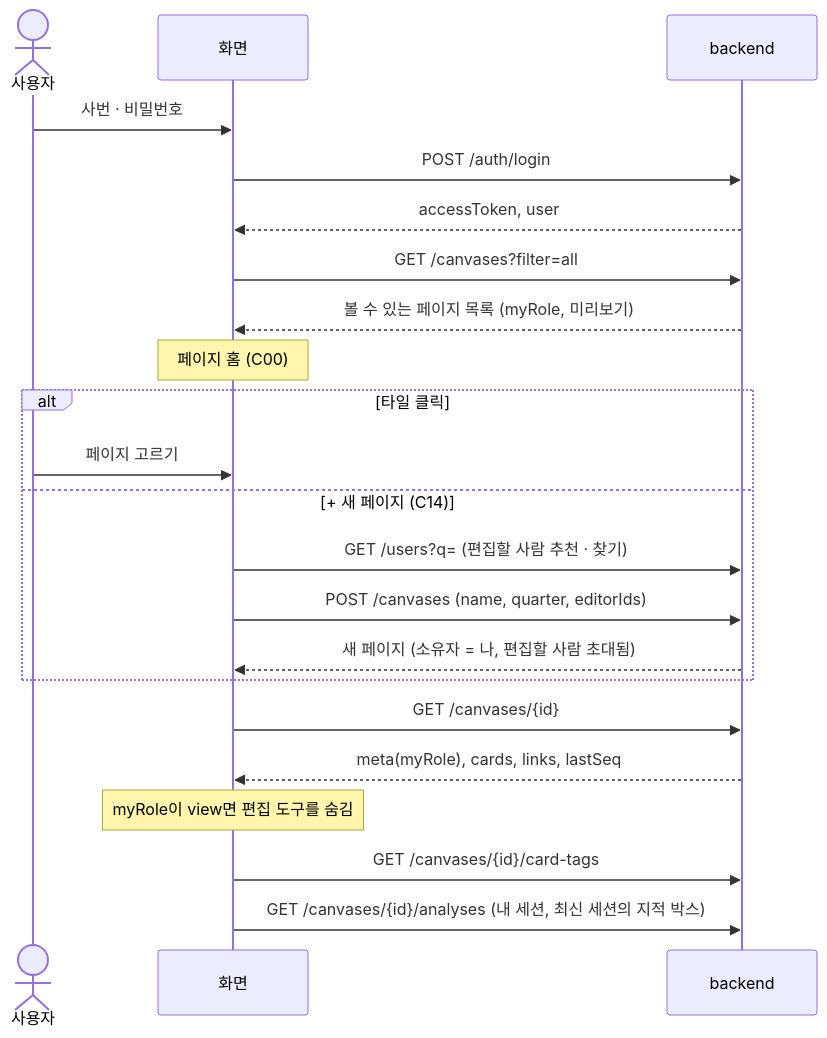
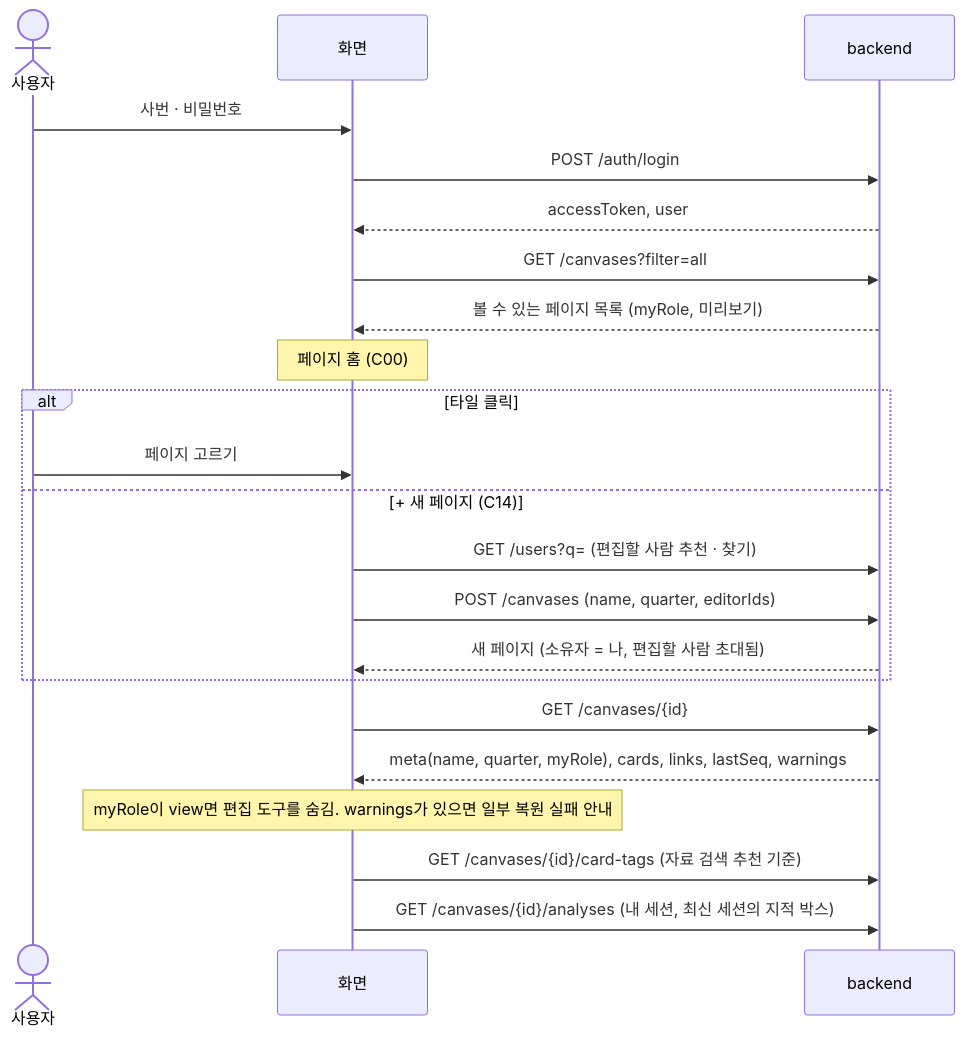
Before and after one commit to vamos-team/telescope: the second of 8 diagrams in docs/frontend/api-diagram.md, drawn with Mermaid. The commit also changed other lines of this file and 3 other files, not shown here.

````diff
--- a/docs/frontend/api-diagram.md
+++ b/docs/frontend/api-diagram.md
@@ -53,25 +53,25 @@
 ```mermaid
 sequenceDiagram
   actor U as 사용자
   participant F as 화면
   participant B as backend
 
   U->>F: 사번 · 비밀번호
   F->>B: POST /auth/login
   B-->>F: accessToken, user
   F->>B: GET /canvases?filter=all
   B-->>F: 볼 수 있는 페이지 목록 (myRole, 미리보기)
   Note over F: 페이지 홈 (C00)
   alt 타일 클릭
     U->>F: 페이지 고르기
   else + 새 페이지 (C14)
     F->>B: GET /users?q= (편집할 사람 추천 · 찾기)
     F->>B: POST /canvases (name, quarter, editorIds)
     B-->>F: 새 페이지 (소유자 = 나, 편집할 사람 초대됨)
   end
   F->>B: GET /canvases/{id}
-  B-->>F: meta(myRole), cards, links, lastSeq
-  Note over F: myRole이 view면 편집 도구를 숨김
-  F->>B: GET /canvases/{id}/card-tags
+  B-->>F: meta(name, quarter, myRole), cards, links, lastSeq, warnings
+  Note over F: myRole이 view면 편집 도구를 숨김. warnings가 있으면 일부 복원 실패 안내
+  F->>B: GET /canvases/{id}/card-tags (자료 검색 추천 기준)
   F->>B: GET /canvases/{id}/analyses (내 세션, 최신 세션의 지적 박스)
 ```
````
